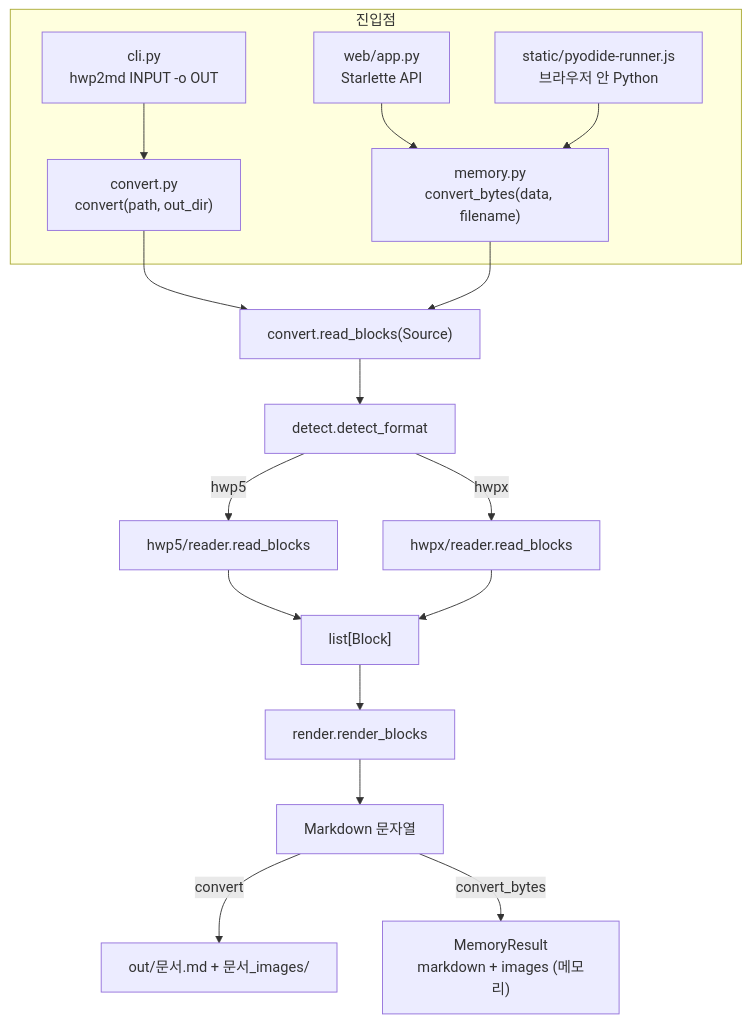
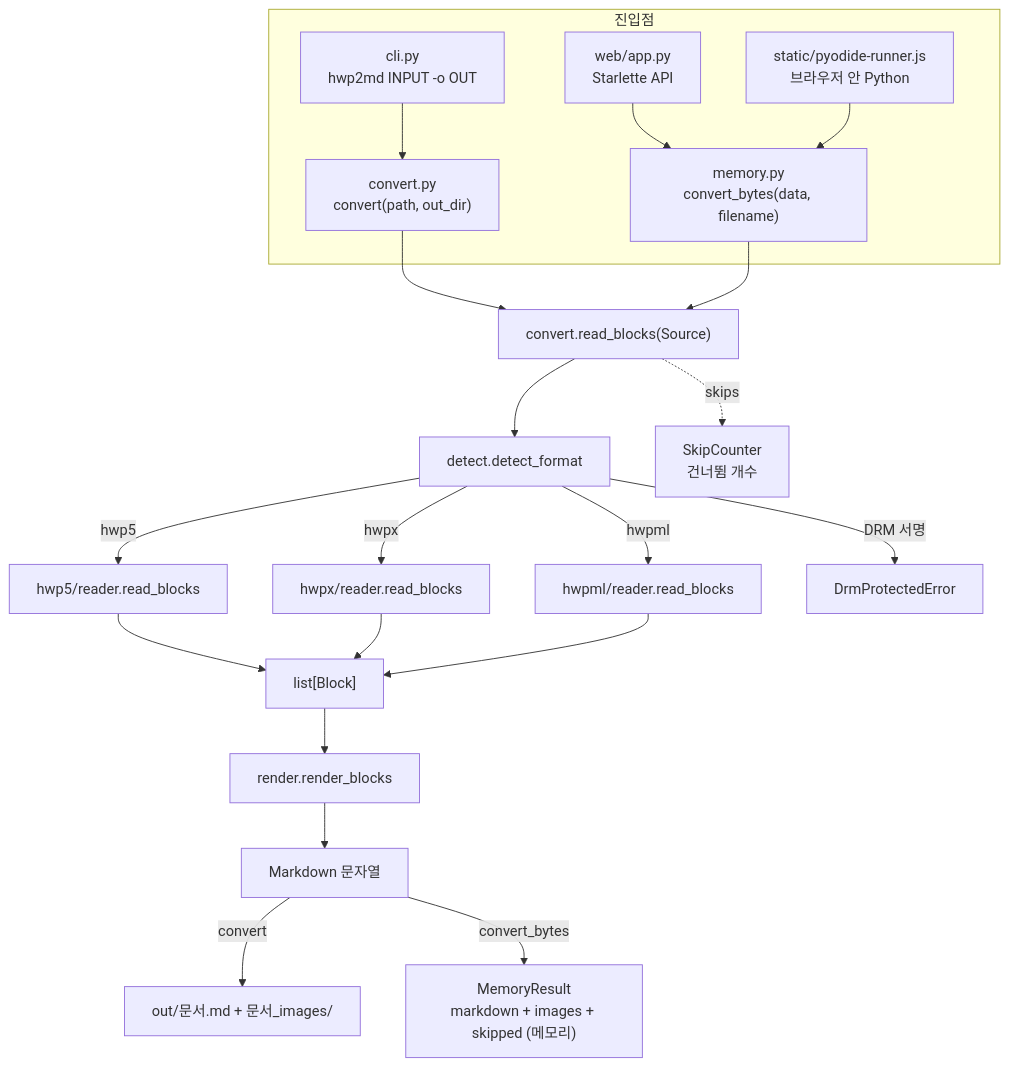
Before and after one commit to ilyos-numon/hwp2md: the first of 2 diagrams in docs/system-overview.md, drawn with Mermaid. The commit also changed other lines of this file and 8 other files, not shown here.

````diff
--- a/docs/system-overview.md
+++ b/docs/system-overview.md
@@ -13,24 +13,28 @@
 ```mermaid
 flowchart TB
   subgraph entries["진입점"]
     CLI["cli.py<br>hwp2md INPUT -o OUT"]
     CONV["convert.py<br>convert(path, out_dir)"]
     MEM["memory.py<br>convert_bytes(data, filename)"]
     APP["web/app.py<br>Starlette API"]
     PYO["static/pyodide-runner.js<br>브라우저 안 Python"]
   end
   CLI --> CONV
   APP --> MEM
   PYO --> MEM
   CONV --> RB["convert.read_blocks(Source)"]
   MEM --> RB
   RB --> DET["detect.detect_format"]
   DET -->|"hwp5"| H5["hwp5/reader.read_blocks"]
   DET -->|"hwpx"| HX["hwpx/reader.read_blocks"]
+  DET -->|"hwpml"| HM["hwpml/reader.read_blocks"]
+  DET -->|"DRM 서명"| ERR["DrmProtectedError"]
+  RB -.->|"skips"| SK["SkipCounter<br>건너뜀 개수"]
   H5 --> BL["list[Block]"]
   HX --> BL
+  HM --> BL
   BL --> RD["render.render_blocks"]
   RD --> MD["Markdown 문자열"]
   MD -->|"convert"| DISK["out/문서.md + 문서_images/"]
-  MD -->|"convert_bytes"| RES["MemoryResult<br>markdown + images (메모리)"]
+  MD -->|"convert_bytes"| RES["MemoryResult<br>markdown + images + skipped (메모리)"]
 ```
````
